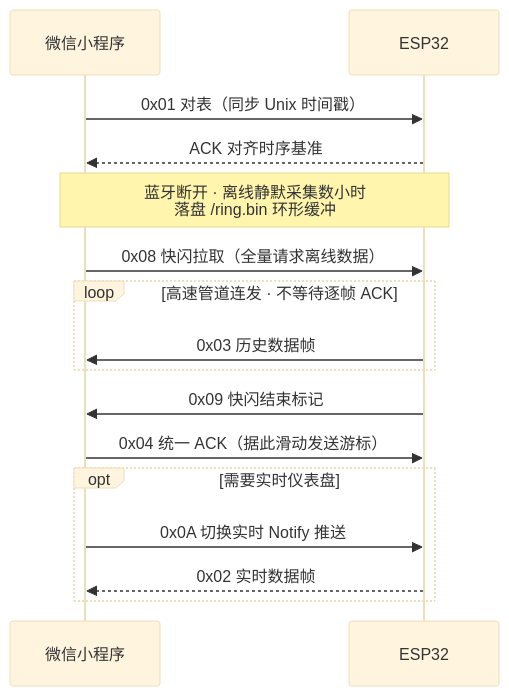
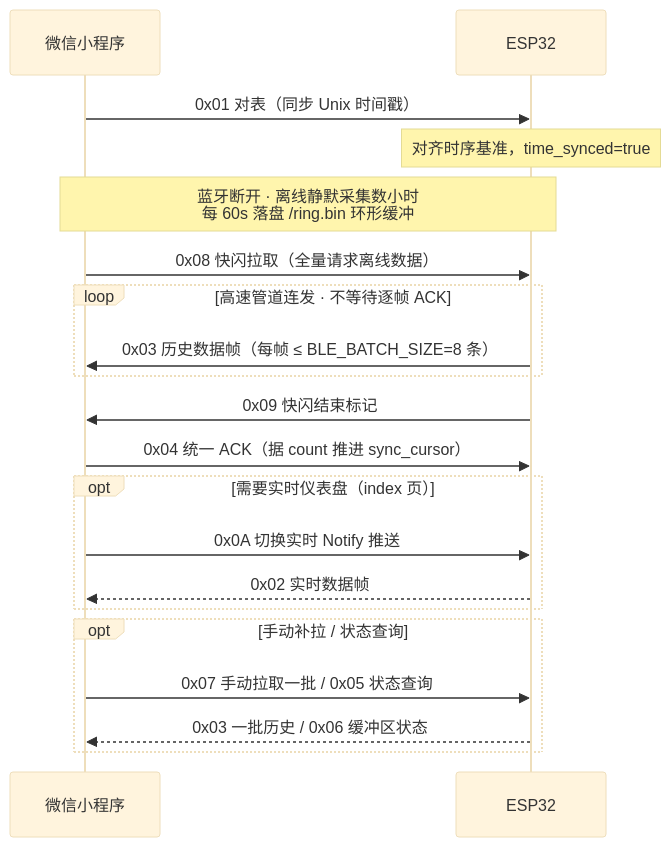
One commit to 19348729/diaoyu changed the fifth of 5 diagrams in 业务流程图.md. Above: the diagram before and after it, drawn with Mermaid (base theme). The commit also changed other lines of this file and 1 other file, not shown here.

First line of the commit message:
docs: 按最新代码逻辑重写业务流程图与 README

````diff
--- a/业务流程图.md
+++ b/业务流程图.md
@@ -159,18 +187,22 @@
 ```mermaid
 sequenceDiagram
     participant MP as 微信小程序
     participant HW as ESP32
     MP->>HW: 0x01 对表（同步 Unix 时间戳）
-    HW-->>MP: ACK 对齐时序基准
-    Note over MP,HW: 蓝牙断开 · 离线静默采集数小时<br/>落盘 /ring.bin 环形缓冲
+    Note over HW: 对齐时序基准，time_synced=true
+    Note over MP,HW: 蓝牙断开 · 离线静默采集数小时<br/>每 60s 落盘 /ring.bin 环形缓冲
     MP->>HW: 0x08 快闪拉取（全量请求离线数据）
     loop 高速管道连发 · 不等待逐帧 ACK
-        HW->>MP: 0x03 历史数据帧
+        HW->>MP: 0x03 历史数据帧（每帧 ≤ BLE_BATCH_SIZE=8 条）
     end
     HW->>MP: 0x09 快闪结束标记
-    MP->>HW: 0x04 统一 ACK（据此滑动发送游标）
-    opt 需要实时仪表盘
+    MP->>HW: 0x04 统一 ACK（据 count 推进 sync_cursor）
+    opt 需要实时仪表盘（index 页）
         MP->>HW: 0x0A 切换实时 Notify 推送
         HW-->>MP: 0x02 实时数据帧
     end
+    opt 手动补拉 / 状态查询
+        MP->>HW: 0x07 手动拉取一批 / 0x05 状态查询
+        HW-->>MP: 0x03 一批历史 / 0x06 缓冲区状态
+    end
 ```
````
